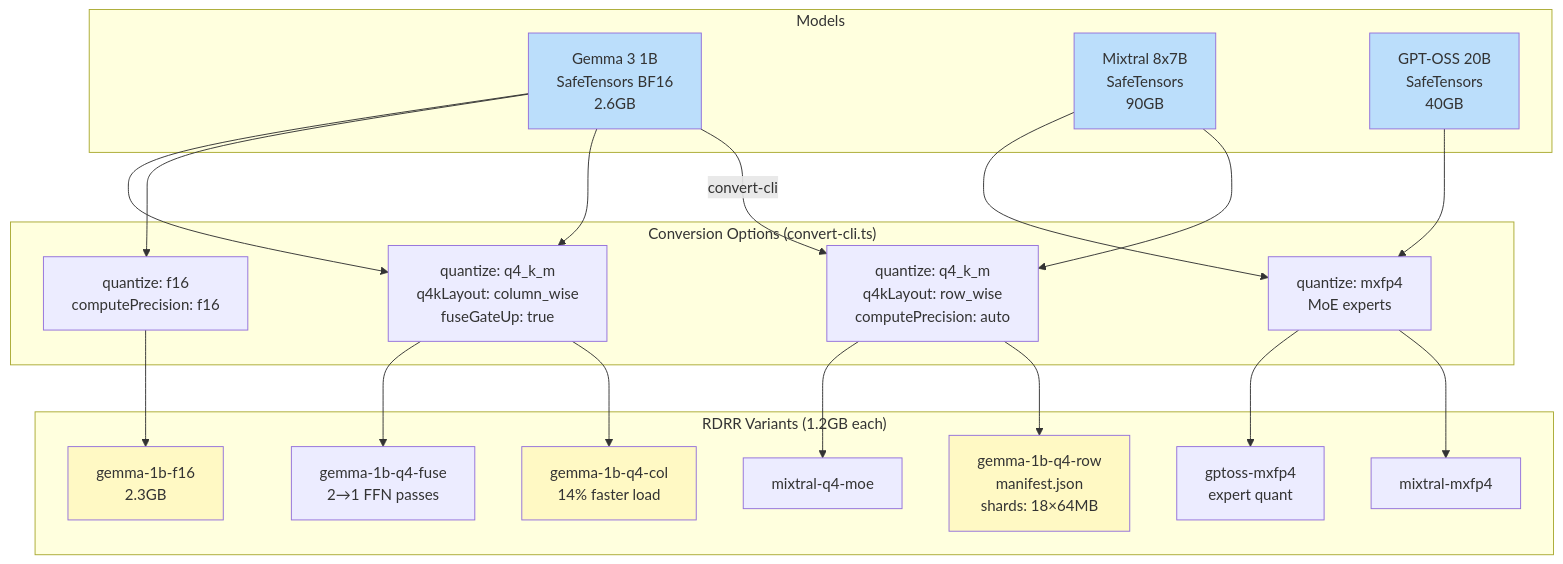
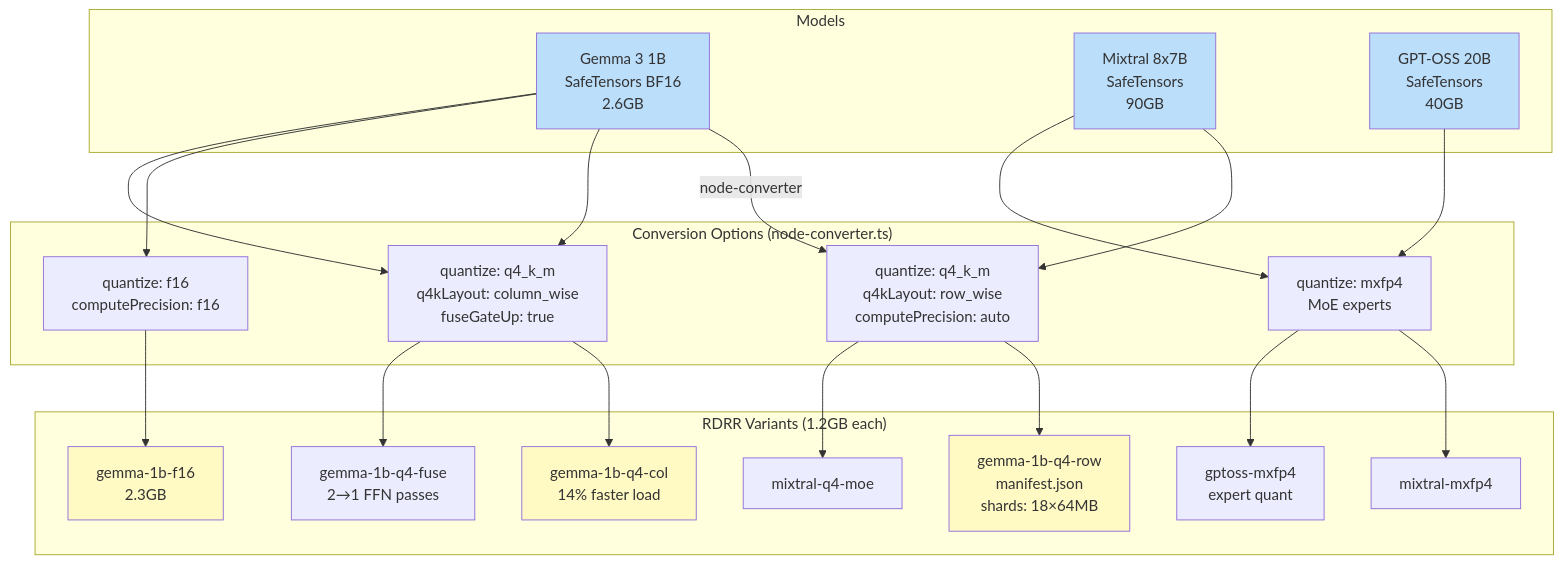
The second of 11 diagrams in docs/SYSTEM_FLOW.md (clocksmith/doppler), drawn with Mermaid before and after one commit. The commit also changed other lines of this file and 225 other files, not shown here.

````diff
--- a/docs/SYSTEM_FLOW.md
+++ b/docs/SYSTEM_FLOW.md
@@ -35,48 +35,48 @@
 ```mermaid
 graph TD
     subgraph Models
         M1[Gemma 3 1B<br/>SafeTensors BF16<br/>2.6GB]
         M2[Mixtral 8x7B<br/>SafeTensors<br/>90GB]
         M3[GPT-OSS 20B<br/>SafeTensors<br/>40GB]
     end
 
-    subgraph ConversionOptions["Conversion Options (convert-cli.ts)"]
+    subgraph ConversionOptions["Conversion Options (node-converter.ts)"]
         O1[quantize: q4_k_m<br/>q4kLayout: row_wise<br/>computePrecision: auto]
         O2[quantize: q4_k_m<br/>q4kLayout: column_wise<br/>fuseGateUp: true]
         O3[quantize: f16<br/>computePrecision: f16]
         O4[quantize: mxfp4<br/>MoE experts]
     end
 
     subgraph RDRRVariants["RDRR Variants (1.2GB each)"]
         R1[gemma-1b-q4-row<br/>manifest.json<br/>shards: 18×64MB]
         R2[gemma-1b-q4-col<br/>14% faster load]
         R3[gemma-1b-f16<br/>2.3GB]
         R4[gemma-1b-q4-fuse<br/>2→1 FFN passes]
         R5[mixtral-q4-moe]
         R6[mixtral-mxfp4]
         R7[gptoss-mxfp4<br/>expert quant]
     end
 
-    M1 -->|convert-cli| O1
+    M1 -->|node-converter| O1
     M1 --> O2
     M1 --> O3
     M1 --> O2
     M2 --> O1
     M2 --> O4
     M3 --> O4
 
     O1 --> R1
     O2 --> R2
     O3 --> R3
     O2 --> R4
     O1 --> R5
     O4 --> R6
     O4 --> R7
 
     style M1 fill:#bbdefb
     style M2 fill:#bbdefb
     style M3 fill:#bbdefb
     style R1 fill:#fff9c4
     style R2 fill:#fff9c4
     style R3 fill:#fff9c4
 ```
````
